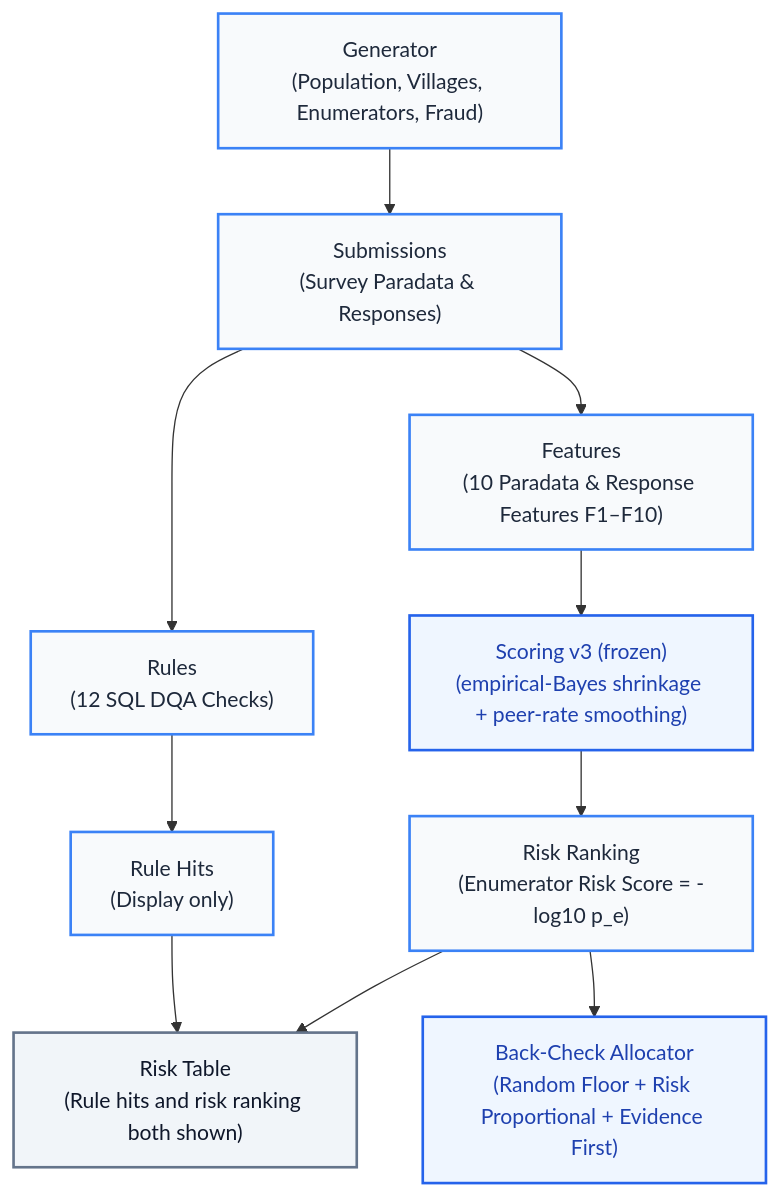
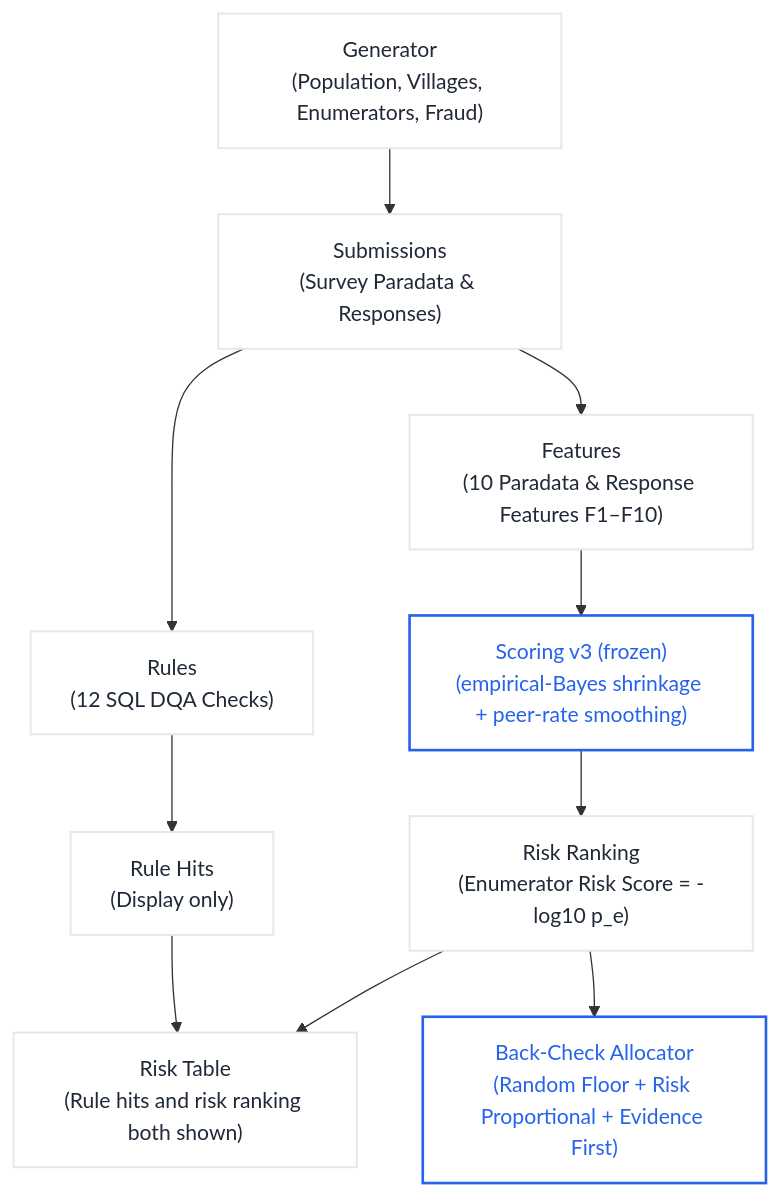
One commit to TahmidShafi/curbstone changed the diagram in site/src/method.md. Above: the diagram before and after it, drawn with Mermaid. The commit also changed 6 other files, not shown here.

Commit message:
feat(site): results Plot charts, key findings, rules parity & benchmark styling, mobile card empty state

````diff
--- a/site/src/method.md
+++ b/site/src/method.md
@@ -15,27 +15,27 @@
 ```mermaid
 flowchart TD
-  classDef stage fill:#f8fafc,stroke:#3b82f6,stroke-width:2px,color:#1e293b;
-  classDef highlight fill:#eff6ff,stroke:#2563eb,stroke-width:2px,color:#1e40af;
-  classDef table fill:#f1f5f9,stroke:#64748b,stroke-width:2px,color:#0f172a;
+  classDef stage fill:#ffffff,stroke:#e5e7eb,stroke-width:1.5px,color:#1f2937;
+  classDef highlight fill:#ffffff,stroke:#2563eb,stroke-width:2px,color:#2563eb;
+  classDef table fill:#ffffff,stroke:#e5e7eb,stroke-width:1.5px,color:#1f2937;
 
   GEN["Generator<br/>(Population, Villages, Enumerators, Fraud)"]:::stage
   SUB["Submissions<br/>(Survey Paradata & Responses)"]:::stage
   RULES["Rules<br/>(12 SQL DQA Checks)"]:::stage
   HITS["Rule Hits<br/>(Display only)"]:::stage
   FEAT["Features<br/>(10 Paradata & Response Features F1–F10)"]:::stage
   SCORE["Scoring v3 (frozen)<br/>(empirical-Bayes shrinkage + peer-rate smoothing)"]:::highlight
   RANK["Risk Ranking<br/>(Enumerator Risk Score = -log10 p_e)"]:::stage
   ALLOC["Back-Check Allocator<br/>(Random Floor + Risk Proportional + Evidence First)"]:::highlight
   TAB["Risk Table<br/>(Rule hits and risk ranking both shown)"]:::table
 
   GEN --> SUB
   SUB --> RULES
   RULES --> HITS
   SUB --> FEAT
   FEAT --> SCORE
   SCORE --> RANK
   RANK --> ALLOC
 
   HITS --> TAB
   RANK --> TAB
 ```
````
